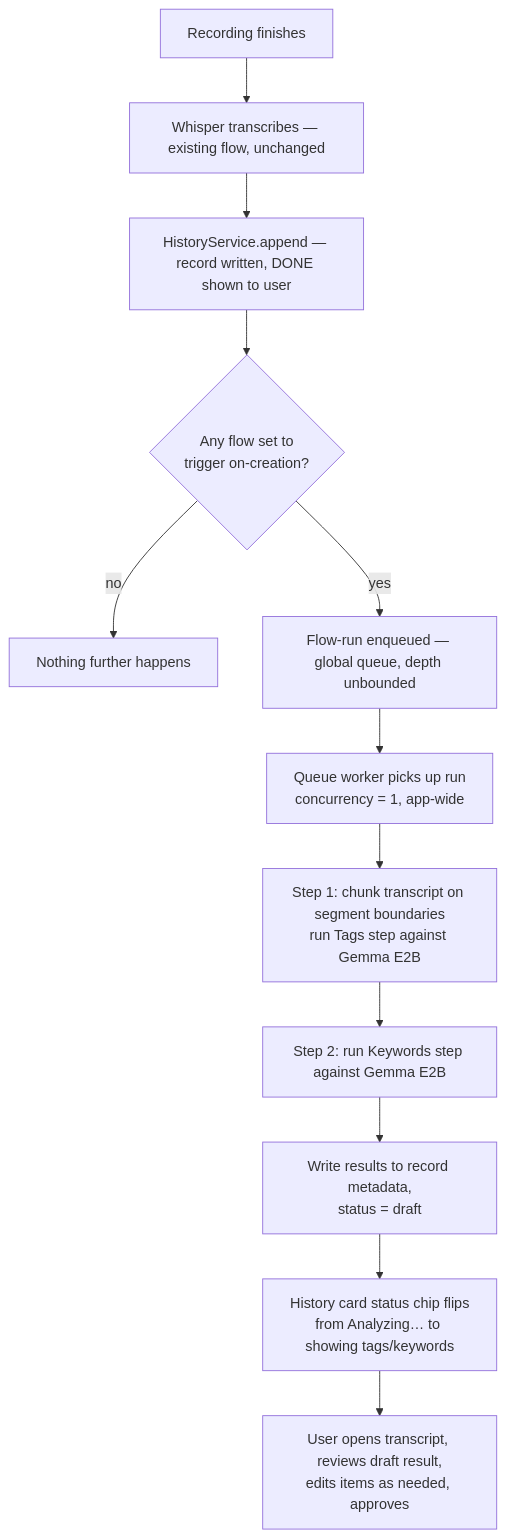
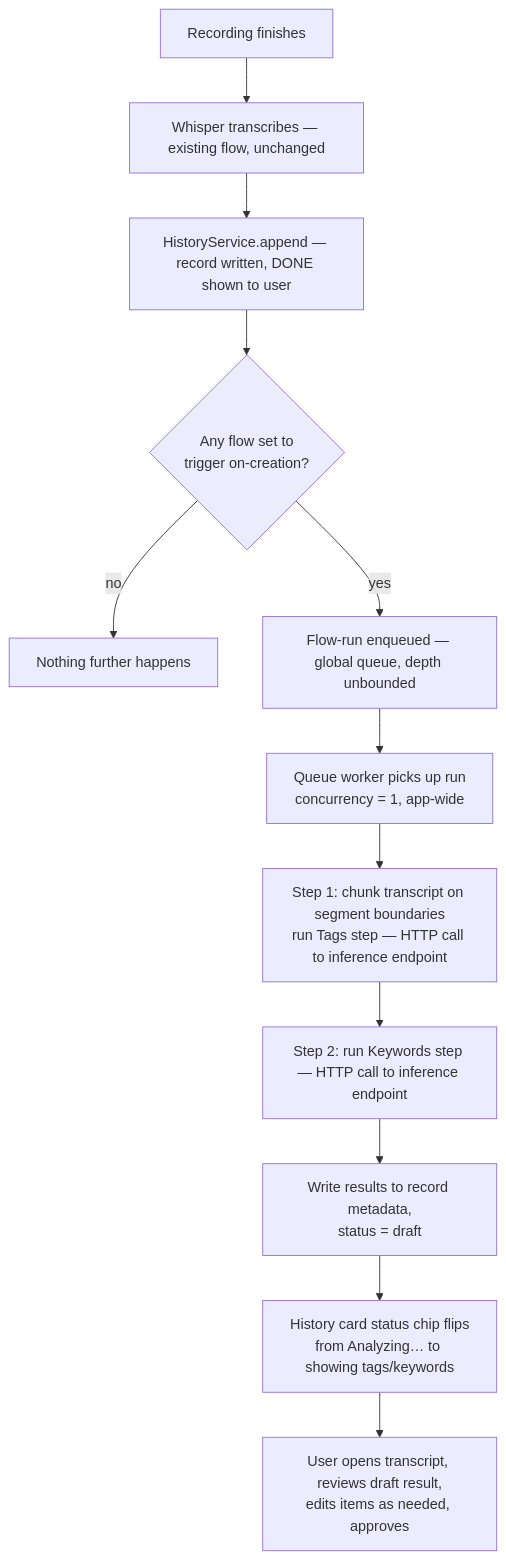
One commit to Lenniott/scribeFloat changed the first of 6 diagrams in docs/design-brain-prd.md. Above: the diagram before and after it, drawn with Mermaid. The commit also changed other lines of this file, not shown here.

First line of the commit message:
Update Float PRD: adopt HTTP-based inference backend (Ollama / cloud API)

````diff
--- a/docs/design-brain-prd.md
+++ b/docs/design-brain-prd.md
@@ -113,14 +114,14 @@
 ```mermaid
 flowchart TD
     A[Recording finishes] --> B[Whisper transcribes — existing flow, unchanged]
     B --> C[HistoryService.append — record written, DONE shown to user]
     C --> D{Any flow set to\ntrigger on-creation?}
     D -- no --> Z[Nothing further happens]
     D -- yes --> E[Flow-run enqueued — global queue, depth unbounded]
     E --> F[Queue worker picks up run\nconcurrency = 1, app-wide]
-    F --> G[Step 1: chunk transcript on segment boundaries\nrun Tags step against Gemma E2B]
-    G --> H[Step 2: run Keywords step against Gemma E2B]
+    F --> G[Step 1: chunk transcript on segment boundaries\nrun Tags step — HTTP call to inference endpoint]
+    G --> H[Step 2: run Keywords step — HTTP call to inference endpoint]
     H --> I[Write results to record metadata,\nstatus = draft]
     I --> J[History card status chip flips\nfrom Analyzing… to showing tags/keywords]
     J --> K[User opens transcript, reviews draft result,\nedits items as needed, approves]
 ```
````
